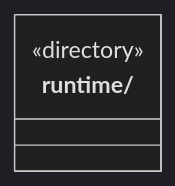
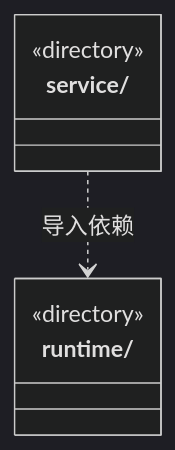
Before and after one commit to nan023062/cbim: the diagram in src/logic/history/ARCHITECTURE.md, drawn with Mermaid (dark theme). The commit also changed other lines of this file and 657 other files, not shown here.

````diff
--- a/src/logic/history/ARCHITECTURE.md
+++ b/src/logic/history/ARCHITECTURE.md
@@ -15,6 +15,10 @@
 ```mermaid
 classDiagram
 class N_src_logic_history_runtime["runtime/"] {
   <<directory>>
 }
+class N_src_logic_history_service["service/"] {
+  <<directory>>
+}
+N_src_logic_history_service ..> N_src_logic_history_runtime : 导入依赖
 ```
````
